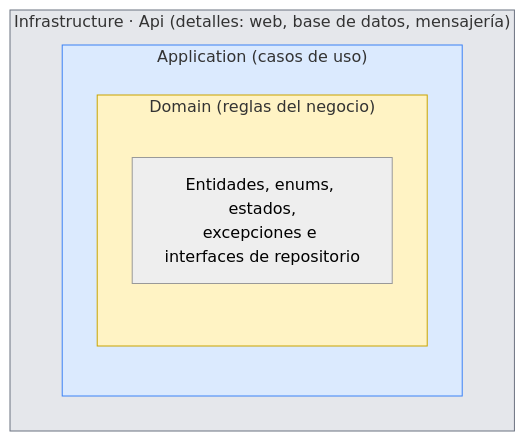
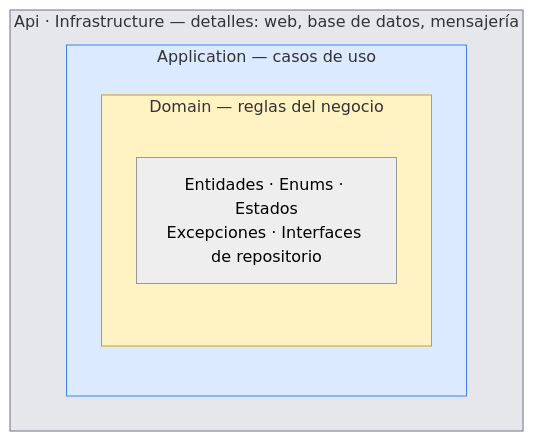
One commit to SemilleroSOLID/clean-architecture-api changed the second of 5 diagrams in README.md. Above: the diagram before and after it, drawn with Mermaid (neutral theme). The commit also changed other lines of this file, not shown here.

````diff
--- a/README.md
+++ b/README.md
@@ -80,13 +127,13 @@
 ```mermaid
 flowchart TB
-    subgraph L4["Infrastructure · Api  (detalles: web, base de datos, mensajería)"]
-        subgraph L2["Application  (casos de uso)"]
-            subgraph L1["Domain  (reglas del negocio)"]
-                D["Entidades, enums, estados,<br/>excepciones e interfaces de repositorio"]
+    subgraph L4["Api · Infrastructure  —  detalles: web, base de datos, mensajería"]
+        subgraph L2["Application  —  casos de uso"]
+            subgraph L1["Domain  —  reglas del negocio"]
+                D["Entidades · Enums · Estados<br/>Excepciones · Interfaces de repositorio"]
             end
         end
     end
     style L1 fill:#fff3c4,stroke:#c9a400
     style L2 fill:#dbeafe,stroke:#3b82f6
     style L4 fill:#e5e7eb,stroke:#6b7280
 ```
````
